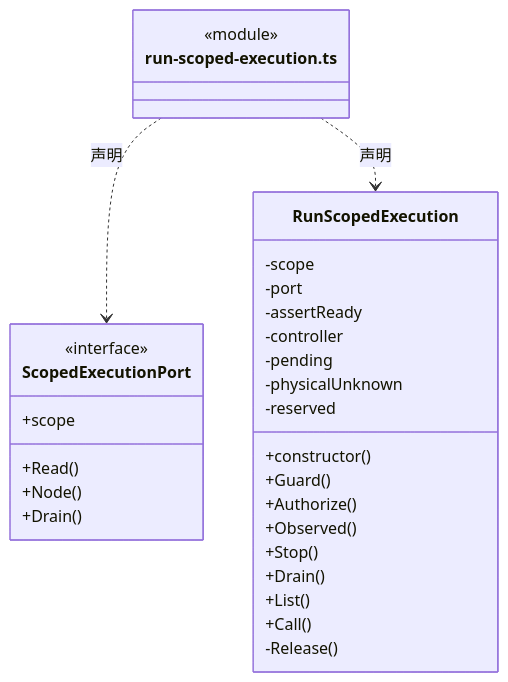
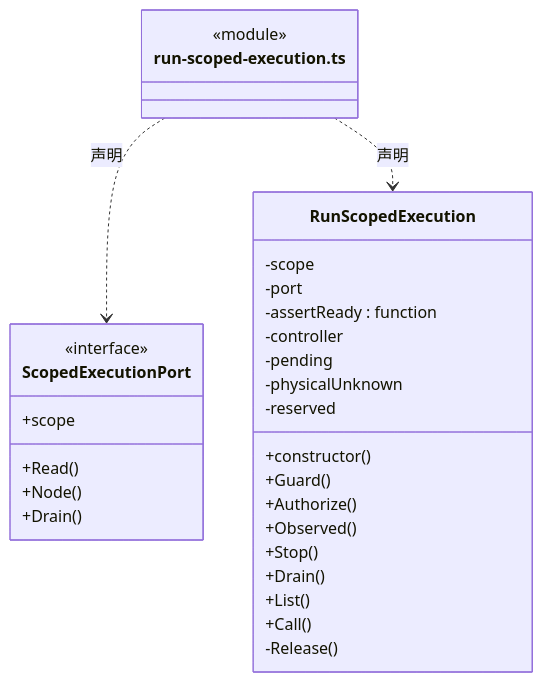
One commit to nan023062/cbim changed diagram 13 of 18 in src/logic/execution/rules/capabilities/ARCHITECTURE.md. Above: the diagram before and after it, drawn with Mermaid. The commit also changed other lines of this file and 137 other files, not shown here.

Commit message:
fix: align architecture generator with documentation standards

````diff
--- a/src/logic/execution/rules/capabilities/ARCHITECTURE.md
+++ b/src/logic/execution/rules/capabilities/ARCHITECTURE.md
@@ -391,33 +407,33 @@
 ```mermaid
 classDiagram
 class N_src_logic_execution_rules_capabilities_run_scoped_execution_ts["run-scoped-execution.ts"] {
   <<module>>
 }
 class N_src_logic_execution_rules_capabilities_run_scoped_execution_ts_ScopedExecutionPort["ScopedExecutionPort"] {
   <<interface>>
   +scope
   +Read()
   +Node()
   +Drain()
 }
 N_src_logic_execution_rules_capabilities_run_scoped_execution_ts ..> N_src_logic_execution_rules_capabilities_run_scoped_execution_ts_ScopedExecutionPort : 声明
 class N_src_logic_execution_rules_capabilities_run_scoped_execution_ts_RunScopedExecution["RunScopedExecution"] {
   +constructor()
   +Guard()
   +Authorize()
   +Observed()
   +Stop()
   +Drain()
   +List()
   +Call()
   -scope
   -port
-  -assertReady
+  -assertReady : function
   -controller
   -pending
   -physicalUnknown
   -reserved
   -Release()
 }
 N_src_logic_execution_rules_capabilities_run_scoped_execution_ts ..> N_src_logic_execution_rules_capabilities_run_scoped_execution_ts_RunScopedExecution : 声明
 ```
````
